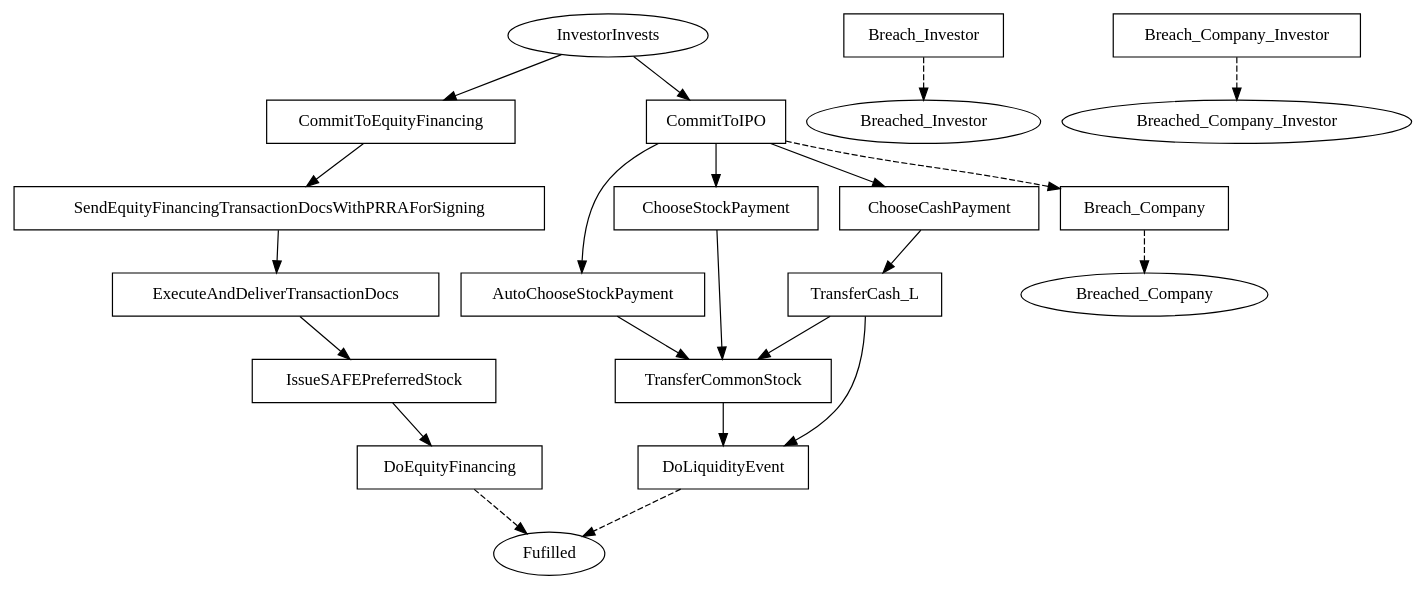
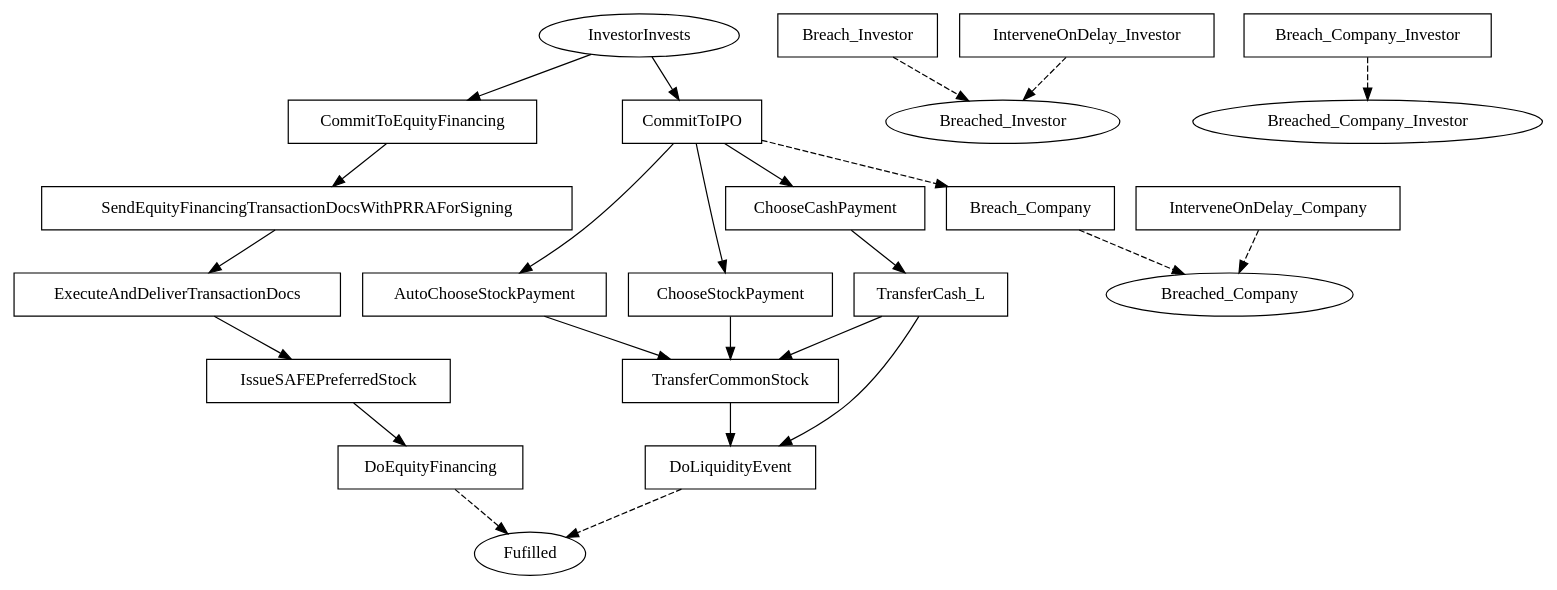
Before and after one commit to Marcao02/complaw-deeptech: the diagram in linear_state_machine_language/pyL4/examples/out_graphviz/toy_and_teaching/tutorialSAFE.dot, drawn with Graphviz. The commit also changed 71 other files, not shown here.

Commit message:
eliminate `discretionary` and `should` keywords and introduce `Arbiter` Role and `interveneOnDelay` actions

```diff
--- a/linear_state_machine_language/pyL4/examples/out_graphviz/toy_and_teaching/tutorialSAFE.dot
+++ b/linear_state_machine_language/pyL4/examples/out_graphviz/toy_and_teaching/tutorialSAFE.dot
@@ -1,54 +1,58 @@
 // THIS IS A GENERATED FILE. DO NOT EDIT.
 
 digraph safe_tutorial {    
     Fulfilled[label=Fufilled];
     InvestorInvests[label=InvestorInvests];
 	Breached_Investor[label=Breached_Investor];
 	Breached_Company[label=Breached_Company];
 	Breached_Company_Investor[label=Breached_Company_Investor]
     
      
     CommitToEquityFinancing[label=CommitToEquityFinancing,shape=box];
 	SendEquityFinancingTransactionDocsWithPRRAForSigning[label=SendEquityFinancingTransactionDocsWithPRRAForSigning,shape=box];
 	ExecuteAndDeliverTransactionDocs[label=ExecuteAndDeliverTransactionDocs,shape=box];
 	IssueSAFEPreferredStock[label=IssueSAFEPreferredStock,shape=box];
 	DoEquityFinancing[label=DoEquityFinancing,shape=box];
 	CommitToIPO[label=CommitToIPO,shape=box];
 	AutoChooseStockPayment[label=AutoChooseStockPayment,shape=box];
 	ChooseStockPayment[label=ChooseStockPayment,shape=box];
 	TransferCommonStock[label=TransferCommonStock,shape=box];
 	ChooseCashPayment[label=ChooseCashPayment,shape=box];
 	TransferCash_L[label=TransferCash_L,shape=box];
 	DoLiquidityEvent[label=DoLiquidityEvent,shape=box];
 	Breach_Investor[label=Breach_Investor,shape=box];
 	Breach_Company[label=Breach_Company,shape=box];
-	Breach_Company_Investor[label=Breach_Company_Investor,shape=box]    
+	Breach_Company_Investor[label=Breach_Company_Investor,shape=box];
+	InterveneOnDelay_Investor[label=InterveneOnDelay_Investor,shape=box];
+	InterveneOnDelay_Company[label=InterveneOnDelay_Company,shape=box]    
     
     
     
     InvestorInvests -> CommitToEquityFinancing;
 	InvestorInvests -> CommitToIPO;
 	CommitToEquityFinancing -> SendEquityFinancingTransactionDocsWithPRRAForSigning;
 	SendEquityFinancingTransactionDocsWithPRRAForSigning -> ExecuteAndDeliverTransactionDocs;
 	ExecuteAndDeliverTransactionDocs -> IssueSAFEPreferredStock;
 	IssueSAFEPreferredStock -> DoEquityFinancing;
 	CommitToIPO -> ChooseCashPayment;
 	CommitToIPO -> ChooseStockPayment;
 	CommitToIPO -> AutoChooseStockPayment;
 	CommitToIPO -> Breach_Company [style=dashed];
 	AutoChooseStockPayment -> TransferCommonStock;
 	ChooseStockPayment -> TransferCommonStock;
 	TransferCommonStock -> DoLiquidityEvent;
 	ChooseCashPayment -> TransferCash_L;
 	TransferCash_L -> TransferCommonStock;
 	TransferCash_L -> DoLiquidityEvent
     
     DoEquityFinancing -> Fulfilled [style=dashed];
 	DoLiquidityEvent -> Fulfilled [style=dashed];
 	Breach_Investor -> Breached_Investor [style=dashed];
 	Breach_Company -> Breached_Company [style=dashed];
 	Breach_Company_Investor -> Breached_Company_Investor [style=dashed];
+	InterveneOnDelay_Investor -> Breached_Investor [style=dashed];
+	InterveneOnDelay_Company -> Breached_Company [style=dashed];
 	     
     
        
 }
```
